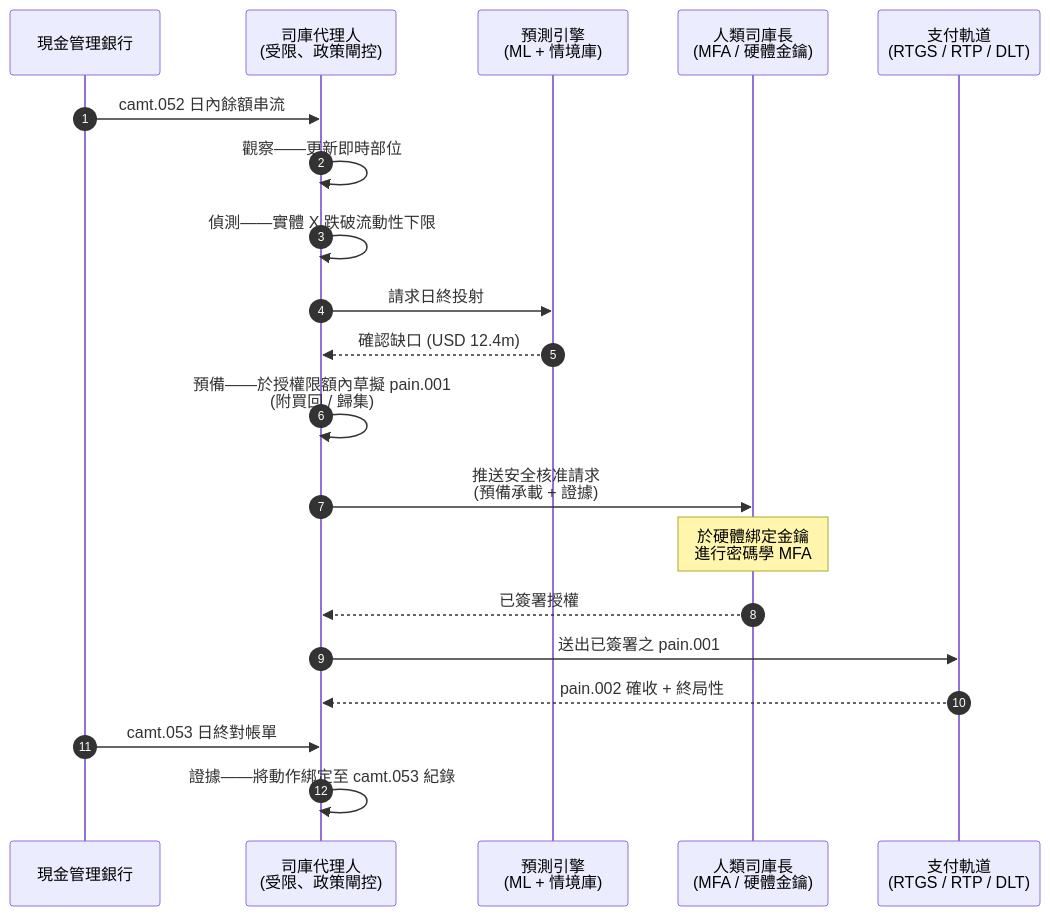
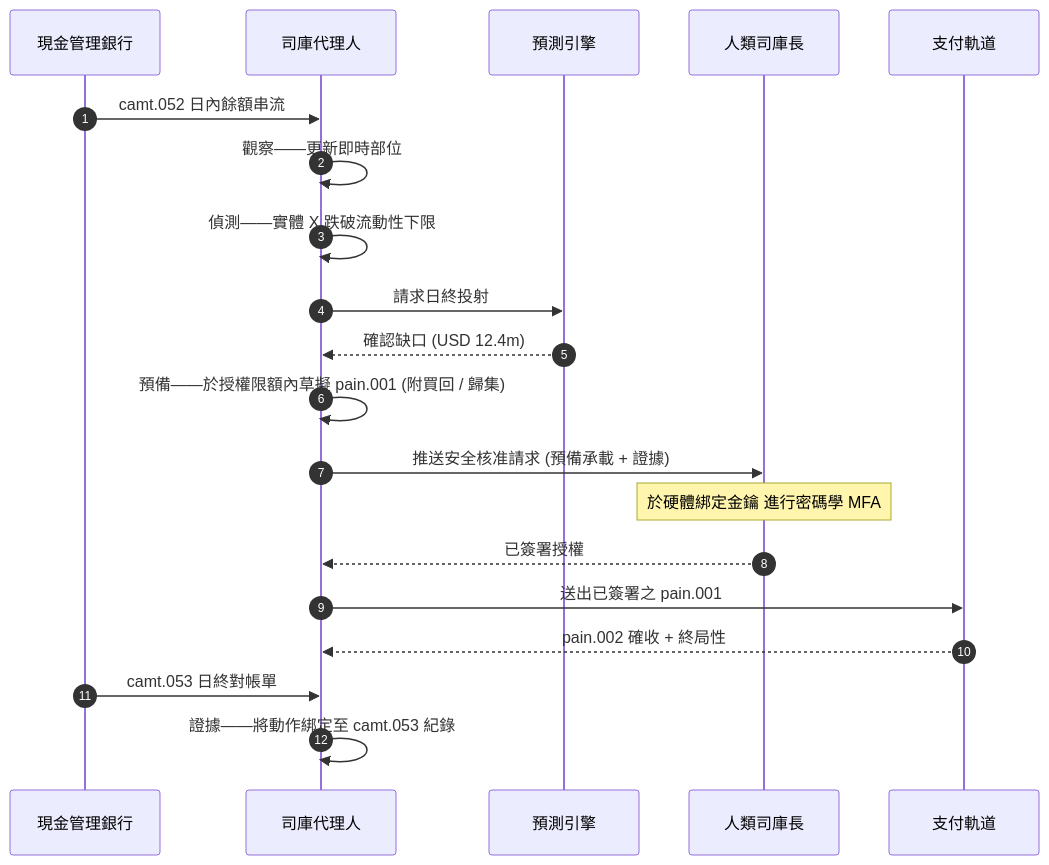
Before and after one commit to sebastienrousseau/sebastienrousseau.github.io: the diagram in _posts/zh-hant/2026-06-07-autonomous-treasury-index-programmable-liquidity-tokenised-deposits-2026.md, drawn with Mermaid. The commit also changed 2231 other files, not shown here.

First line of the commit message:
fix(mermaid): unblock Mermaid v10 rendering end-to-end (#198)

````diff
--- a/_posts/zh-hant/2026-06-07-autonomous-treasury-index-programmable-liquidity-tokenised-deposits-2026.md
+++ b/_posts/zh-hant/2026-06-07-autonomous-treasury-index-programmable-liquidity-tokenised-deposits-2026.md
@@ -152,23 +152,22 @@
 ```mermaid
 sequenceDiagram
     autonumber
     participant Banks as 現金管理銀行
-    participant Agent as 司庫代理人<br/>(受限、政策閘控)
-    participant Forecast as 預測引擎<br/>(ML + 情境庫)
-    participant Treasurer as 人類司庫長<br/>(MFA / 硬體金鑰)
-    participant Rails as 支付軌道<br/>(RTGS / RTP / DLT)
-
+    participant Agent as 司庫代理人
+    participant Forecast as 預測引擎
+    participant Treasurer as 人類司庫長
+    participant Rails as 支付軌道
     Banks->>Agent: camt.052 日內餘額串流
     Agent->>Agent: 觀察——更新即時部位
     Agent->>Agent: 偵測——實體 X 跌破流動性下限
     Agent->>Forecast: 請求日終投射
     Forecast-->>Agent: 確認缺口 (USD 12.4m)
-    Agent->>Agent: 預備——於授權限額內草擬 pain.001<br/>(附買回 / 歸集)
-    Agent->>Treasurer: 推送安全核准請求<br/>(預備承載 + 證據)
-    Note over Treasurer: 於硬體綁定金鑰<br/>進行密碼學 MFA
+    Agent->>Agent: 預備——於授權限額內草擬 pain.001 (附買回 / 歸集)
+    Agent->>Treasurer: 推送安全核准請求 (預備承載 + 證據)
+    Note over Treasurer: 於硬體綁定金鑰 進行密碼學 MFA
     Treasurer-->>Agent: 已簽署授權
     Agent->>Rails: 送出已簽署之 pain.001
     Rails-->>Agent: pain.002 確收 + 終局性
     Banks->>Agent: camt.053 日終對帳單
     Agent->>Agent: 證據——將動作綁定至 camt.053 紀錄
 ```
````
